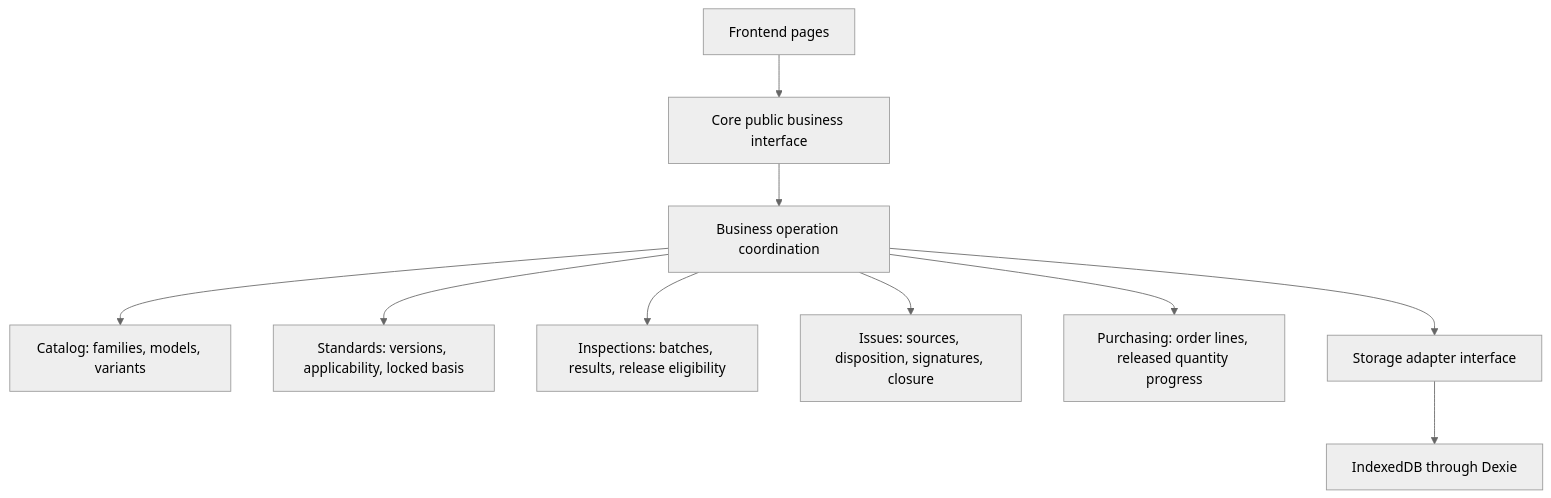
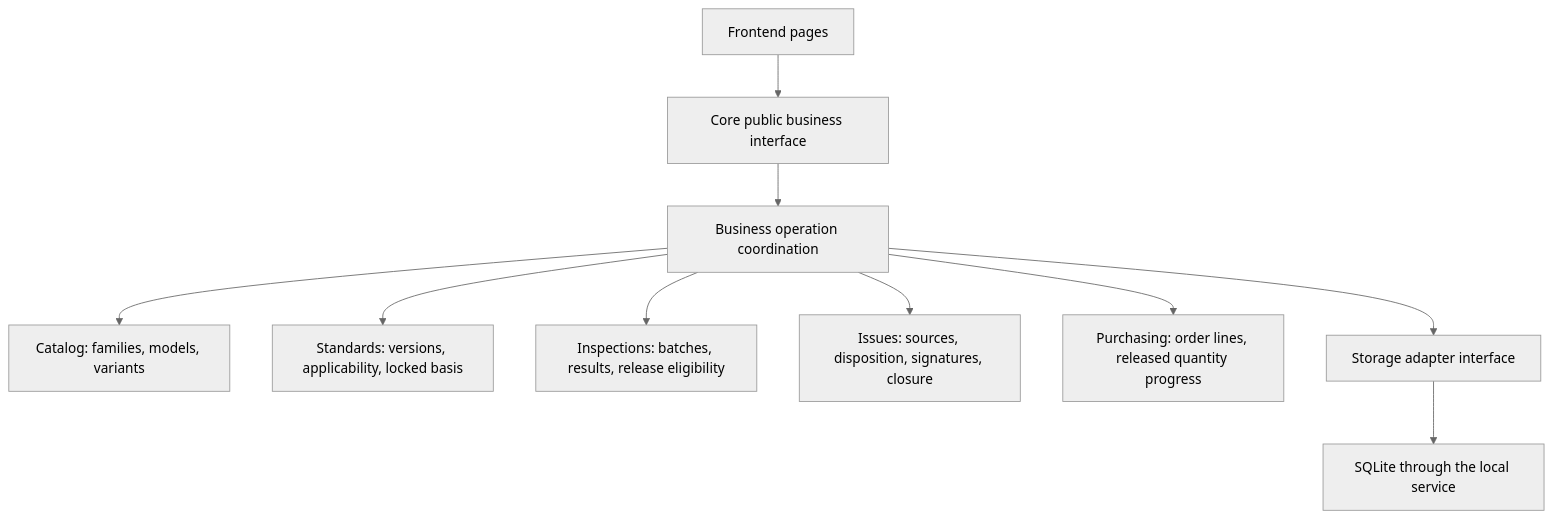
The first of 2 diagrams in docs/core-business-design.md (michaelguan1992/ALP-QC), drawn with Mermaid (neutral theme) before and after one commit. The commit also changed other lines of this file and 30 other files, not shown here.

````diff
--- a/docs/core-business-design.md
+++ b/docs/core-business-design.md
@@ -17,12 +17,12 @@
 ```mermaid
 flowchart TB
     UI[Frontend pages] --> API[Core public business interface]
     API --> OPS[Business operation coordination]
     OPS --> C[Catalog: families, models, variants]
     OPS --> S[Standards: versions, applicability, locked basis]
     OPS --> I[Inspections: batches, results, release eligibility]
     OPS --> Q[Issues: sources, disposition, signatures, closure]
     OPS --> P[Purchasing: order lines, released quantity progress]
     OPS --> A[Storage adapter interface]
-    A --> DB[IndexedDB through Dexie]
+    A --> DB[SQLite through the local service]
 ```
````
